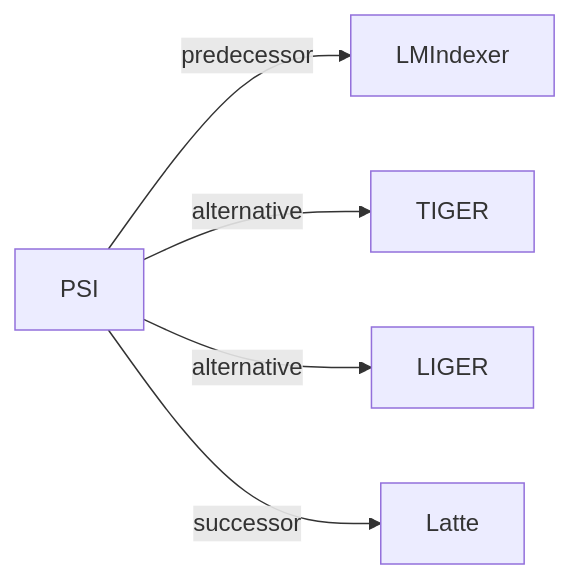
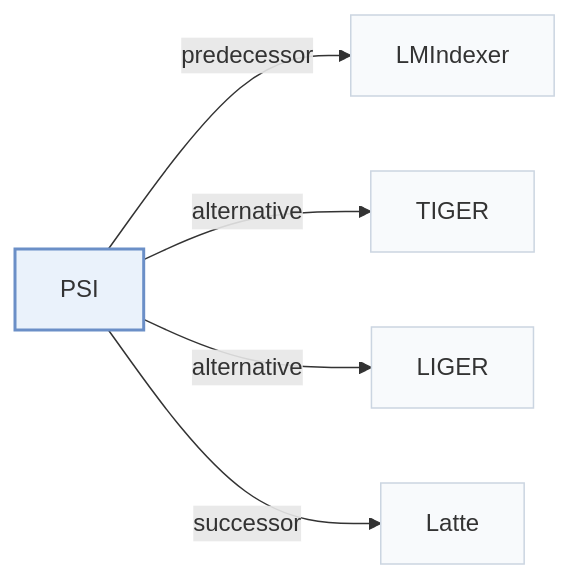
Before and after one commit to Galaxy-ghost/Awesome-SID-Generative-Rec: the second of 2 diagrams in pages/papers/psi.md, drawn with Mermaid. The commit also changed other lines of this file and 649 other files, not shown here.

Commit message:
writer-05: also tags and modality index (schema, check, build, visuals); summary field removed; calibration data for 12 papers

````diff
--- a/pages/papers/psi.md
+++ b/pages/papers/psi.md
@@ -67,8 +74,12 @@
 ```mermaid
 flowchart LR
     P["PSI"]
-    P -->|predecessor| A["LMIndexer"]
-    P -->|alternative| B["TIGER"]
-    P -->|alternative| C["LIGER"]
-    P -->|successor| D["Latte"]
+    P -->|"predecessor"| A["LMIndexer"]
+    P -->|"alternative"| B["TIGER"]
+    P -->|"alternative"| C["LIGER"]
+    P -->|"successor"| D["Latte"]
+    classDef main fill:#eaf2fb,stroke:#6b8fc7,stroke-width:2px
+    classDef peer fill:#f8fafc,stroke:#cbd5e1
+    class P main
+    class A,B,C,D peer
 ```
````
